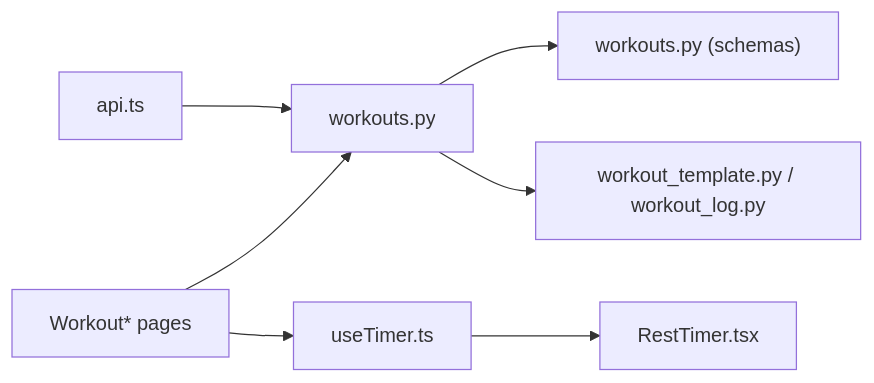
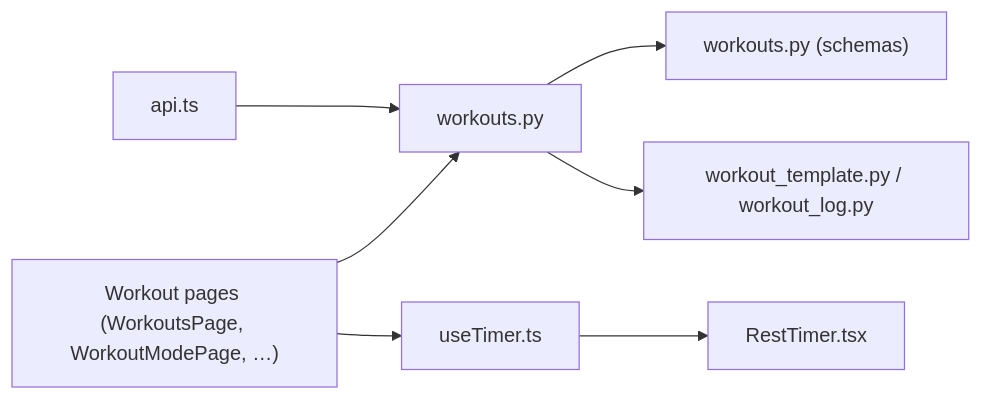
One commit to nilsnavi/fit_trackerpro changed the seventh of 7 diagrams in .qoder/repowiki/en/content/Feature Implementation/Workout Tracking System/Workout Session Tracking.md. Above: the diagram before and after it, drawn with Mermaid. The commit also changed other lines of this file and 10 other files, not shown here.

````diff
--- a/.qoder/repowiki/en/content/Feature Implementation/Workout Tracking System/Workout Session Tracking.md
+++ b/.qoder/repowiki/en/content/Feature Implementation/Workout Tracking System/Workout Session Tracking.md
@@ -378,9 +334,9 @@
 ```mermaid
 graph LR
 API["workouts.py"] --> Schemas["workouts.py (schemas)"]
 API --> Models["workout_template.py / workout_log.py"]
-Pages["Workout* pages"] --> API
+Pages["Workout pages (WorkoutsPage, WorkoutModePage, …)"] --> API
 Pages --> Hooks["useTimer.ts"]
 Hooks --> Components["RestTimer.tsx"]
 Services["api.ts"] --> API
 ```
````
